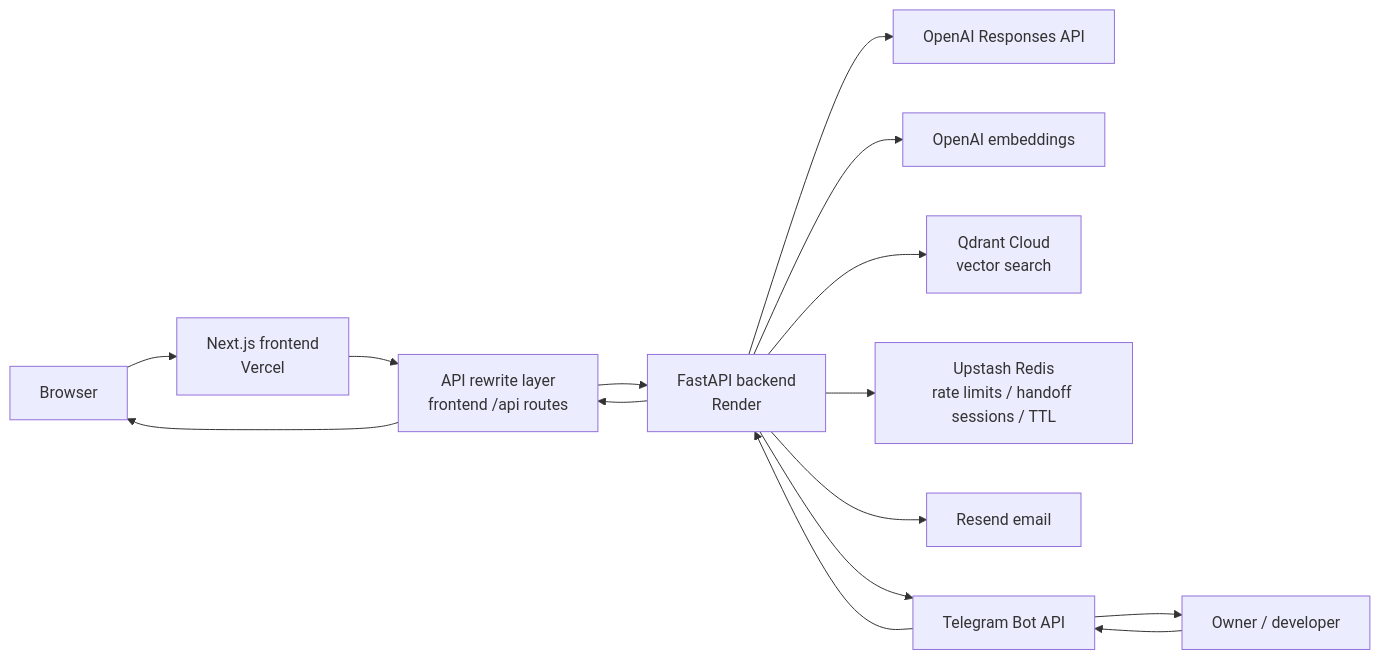
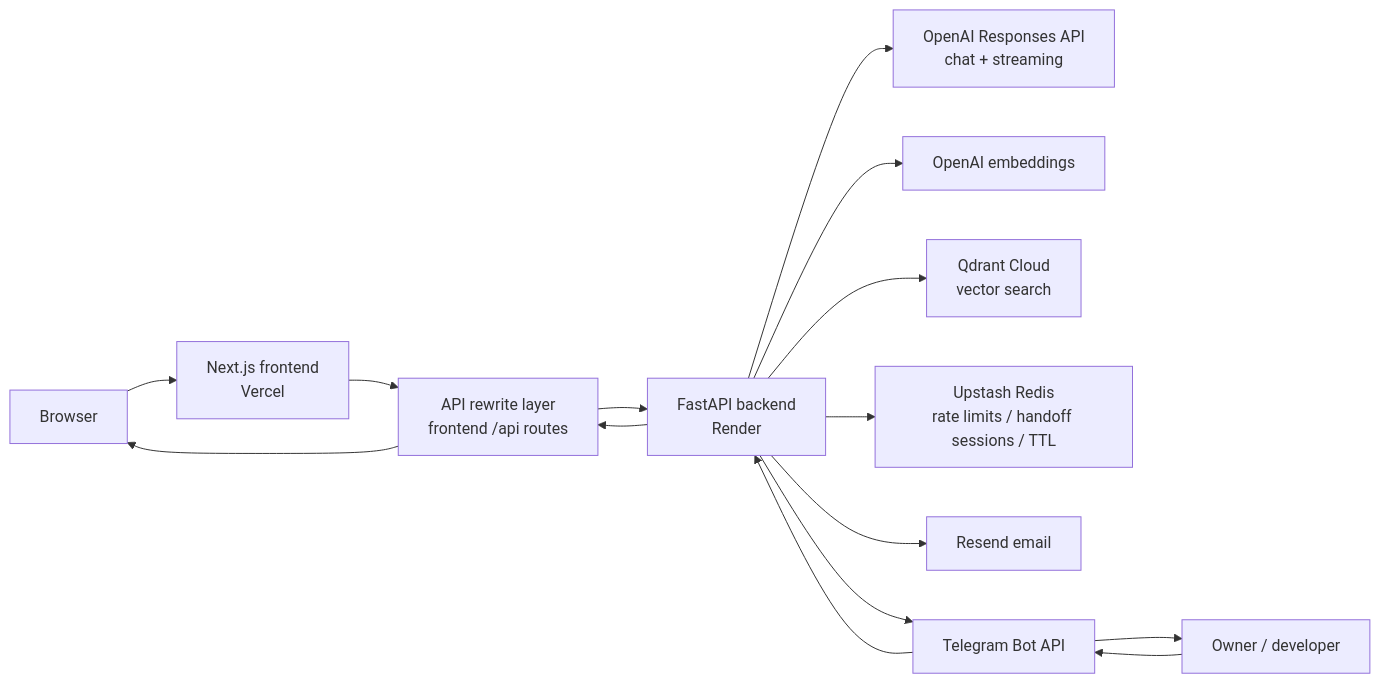
One commit to AlexTymosh/alextym.com changed the fourth of 4 diagrams in README.md. Above: the diagram before and after it, drawn with Mermaid. The commit also changed other lines of this file and 1 other file, not shown here.

First line of the commit message:
📝 docs(readme): document real chat streaming and RAG policy updates

````diff
--- a/README.md
+++ b/README.md
@@ -412,20 +402,20 @@
 ```mermaid
 flowchart LR
     Browser["Browser"] --> Frontend["Next.js frontend<br/>Vercel"]
     Frontend --> ApiRewrite["API rewrite layer<br/>frontend /api routes"]
     ApiRewrite --> Backend["FastAPI backend<br/>Render"]
 
-    Backend --> OpenAIChat["OpenAI Responses API"]
+    Backend --> OpenAIChat["OpenAI Responses API<br/>chat + streaming"]
     Backend --> OpenAIEmbed["OpenAI embeddings"]
     Backend --> VectorDB["Qdrant Cloud<br/>vector search"]
     Backend --> Redis["Upstash Redis<br/>rate limits / handoff sessions / TTL"]
     Backend --> Email["Resend email"]
     Backend --> TelegramBot["Telegram Bot API"]
 
     TelegramBot --> Owner["Owner / developer"]
     Owner --> TelegramBot
     TelegramBot --> Backend
 
     Backend --> ApiRewrite
     ApiRewrite --> Browser
 ```
````
